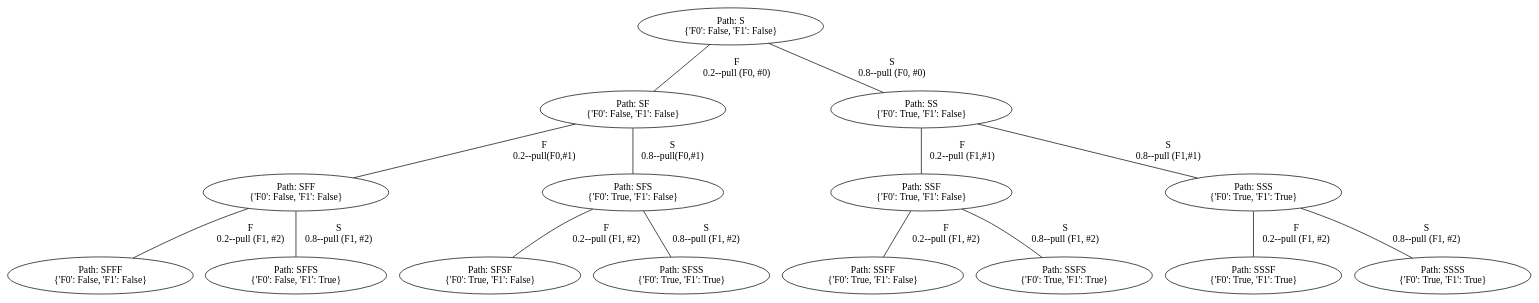
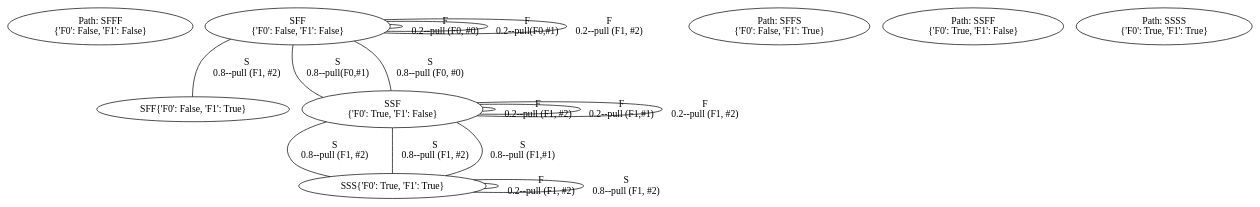
The diagram in G.gv (YasinBoloorchi/WARP-Simulator), drawn with Graphviz before and after one commit. The commit also changed 2 other files, not shown here.

Commit message:
Graph with workload id but redundent node in the graph

```diff
--- a/G.gv
+++ b/G.gv
@@ -1,81 +1,81 @@
 graph G {
-	S [label="Path: S
+	"{'F0': False, 'F1': False}" [label="Path: S
 {'F0': False, 'F1': False}"]
-	SF [label="S
+	FF [label="S
 {'F0': False, 'F1': False}"]
-	S -- SF [label="F
+	FF -- FF [label="F
 0.2--pull (F0, #0)"]
-	SF [label="Path: SF
+	"{'F0': False, 'F1': False}" [label="Path: SF
 {'F0': False, 'F1': False}"]
-	SFF [label="SF
+	FF [label="SF
 {'F0': False, 'F1': False}"]
-	SF -- SFF [label="F
+	FF -- FF [label="F
 0.2--pull(F0,#1)"]
-	SFF [label="Path: SFF
+	"{'F0': False, 'F1': False}" [label="Path: SFF
 {'F0': False, 'F1': False}"]
-	SFFF [label="SFF
+	FF [label="SFF
 {'F0': False, 'F1': False}"]
-	SFF -- SFFF [label="F
+	FF -- FF [label="F
 0.2--pull (F1, #2)"]
-	SFFF [label="Path: SFFF
+	"{'F0': False, 'F1': False}" [label="Path: SFFF
 {'F0': False, 'F1': False}"]
-	SFFS [label="SFF{'F0': False, 'F1': True}"]
-	SFF -- SFFS [label="S
+	FT [label="SFF{'F0': False, 'F1': True}"]
+	FF -- FT [label="S
 0.8--pull (F1, #2)"]
-	SFFS [label="Path: SFFS
+	"{'F0': False, 'F1': True}" [label="Path: SFFS
 {'F0': False, 'F1': True}"]
-	SFS [label="SF{'F0': True, 'F1': False}"]
-	SF -- SFS [label="S
+	TF [label="SF{'F0': True, 'F1': False}"]
+	FF -- TF [label="S
 0.8--pull(F0,#1)"]
-	SFS [label="Path: SFS
+	"{'F0': True, 'F1': False}" [label="Path: SFS
 {'F0': True, 'F1': False}"]
-	SFSF [label="SFS
+	TF [label="SFS
 {'F0': True, 'F1': False}"]
-	SFS -- SFSF [label="F
+	TF -- TF [label="F
 0.2--pull (F1, #2)"]
-	SFSF [label="Path: SFSF
+	"{'F0': True, 'F1': False}" [label="Path: SFSF
 {'F0': True, 'F1': False}"]
-	SFSS [label="SFS{'F0': True, 'F1': True}"]
-	SFS -- SFSS [label="S
+	TT [label="SFS{'F0': True, 'F1': True}"]
+	TF -- TT [label="S
 0.8--pull (F1, #2)"]
-	SFSS [label="Path: SFSS
+	"{'F0': True, 'F1': True}" [label="Path: SFSS
 {'F0': True, 'F1': True}"]
-	SS [label="S{'F0': True, 'F1': False}"]
-	S -- SS [label="S
+	TF [label="S{'F0': True, 'F1': False}"]
+	FF -- TF [label="S
 0.8--pull (F0, #0)"]
-	SS [label="Path: SS
+	"{'F0': True, 'F1': False}" [label="Path: SS
 {'F0': True, 'F1': False}"]
-	SSF [label="SS
+	TF [label="SS
 {'F0': True, 'F1': False}"]
-	SS -- SSF [label="F
+	TF -- TF [label="F
 0.2--pull (F1,#1)"]
-	SSF [label="Path: SSF
+	"{'F0': True, 'F1': False}" [label="Path: SSF
 {'F0': True, 'F1': False}"]
-	SSFF [label="SSF
+	TF [label="SSF
 {'F0': True, 'F1': False}"]
-	SSF -- SSFF [label="F
+	TF -- TF [label="F
 0.2--pull (F1, #2)"]
-	SSFF [label="Path: SSFF
+	"{'F0': True, 'F1': False}" [label="Path: SSFF
 {'F0': True, 'F1': False}"]
-	SSFS [label="SSF{'F0': True, 'F1': True}"]
-	SSF -- SSFS [label="S
+	TT [label="SSF{'F0': True, 'F1': True}"]
+	TF -- TT [label="S
 0.8--pull (F1, #2)"]
-	SSFS [label="Path: SSFS
+	"{'F0': True, 'F1': True}" [label="Path: SSFS
 {'F0': True, 'F1': True}"]
-	SSS [label="SS{'F0': True, 'F1': True}"]
-	SS -- SSS [label="S
+	TT [label="SS{'F0': True, 'F1': True}"]
+	TF -- TT [label="S
 0.8--pull (F1,#1)"]
-	SSS [label="Path: SSS
+	"{'F0': True, 'F1': True}" [label="Path: SSS
 {'F0': True, 'F1': True}"]
-	SSSF [label="SSS
+	TT [label="SSS
 {'F0': True, 'F1': True}"]
-	SSS -- SSSF [label="F
+	TT -- TT [label="F
 0.2--pull (F1, #2)"]
-	SSSF [label="Path: SSSF
+	"{'F0': True, 'F1': True}" [label="Path: SSSF
 {'F0': True, 'F1': True}"]
-	SSSS [label="SSS{'F0': True, 'F1': True}"]
-	SSS -- SSSS [label="S
+	TT [label="SSS{'F0': True, 'F1': True}"]
+	TT -- TT [label="S
 0.8--pull (F1, #2)"]
-	SSSS [label="Path: SSSS
+	"{'F0': True, 'F1': True}" [label="Path: SSSS
 {'F0': True, 'F1': True}"]
 }
```
